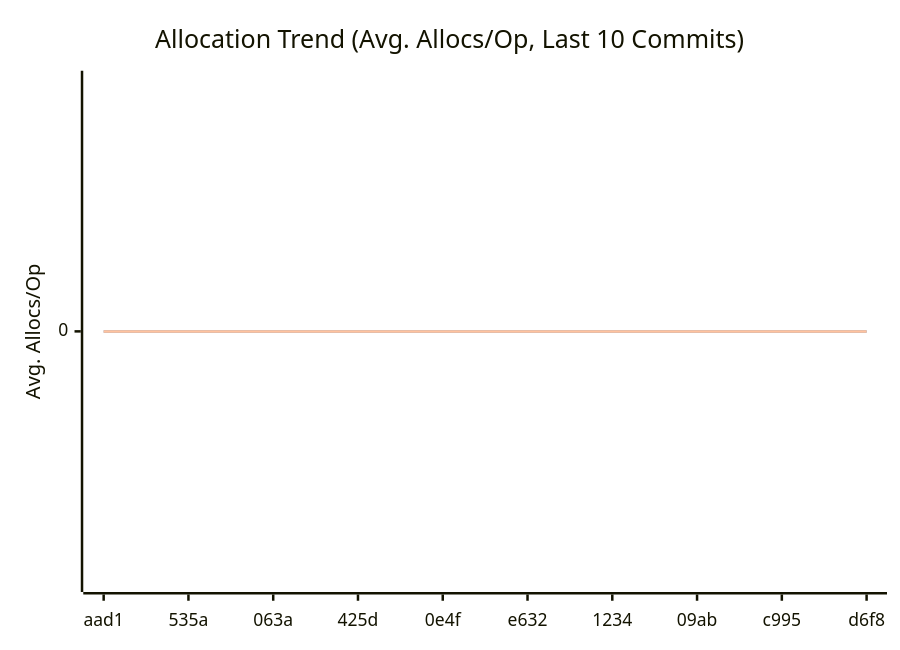
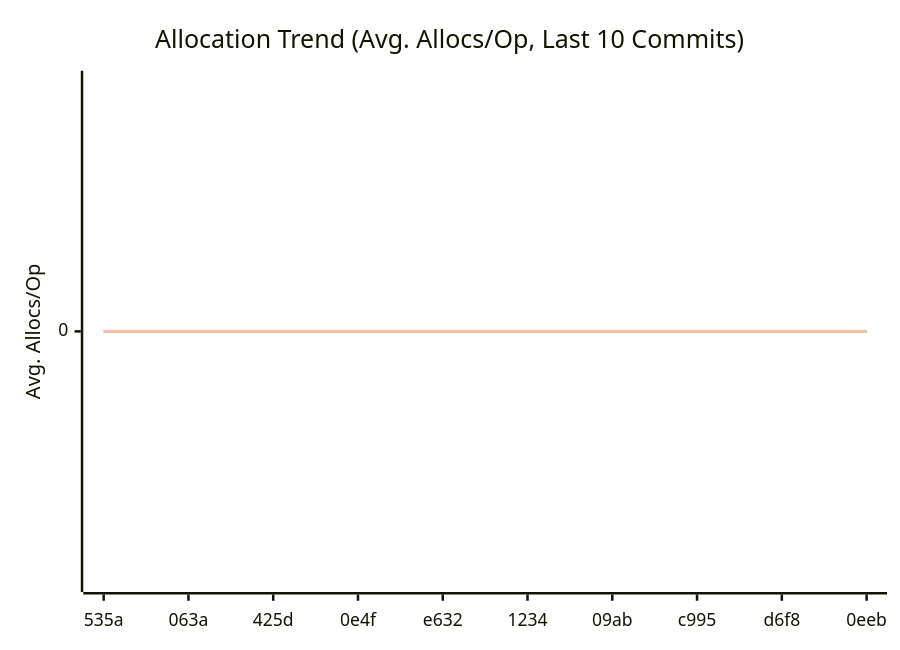
One commit to alsotoes/momo changed the third of 3 diagrams in doc/README.md. Above: the diagram before and after it, drawn with Mermaid. The commit also changed other lines of this file and 1 other file, not shown here.

````diff
--- a/doc/README.md
+++ b/doc/README.md
@@ -312,10 +312,10 @@
 ```mermaid
 xychart-beta
     title "Allocation Trend (Avg. Allocs/Op, Last 10 Commits)"
     x-axis "Commit"
     y-axis "Avg. Allocs/Op"
-    x-axis [aad1,535a,063a,425d,0e4f,e632,1234,09ab,c995,d6f8]
+    x-axis [535a,063a,425d,0e4f,e632,1234,09ab,c995,d6f8,0eeb]
     line "CheckMetricsAndSwap" [0,0,0,0,0,0,0,0,0,0]
     line "IndexDirectTracking" [0,0,0,0,0,0,0,0,0,0]
     line "IndexSearch" [0,0,0,0,0,0,0,0,0,0]
 ```
````
